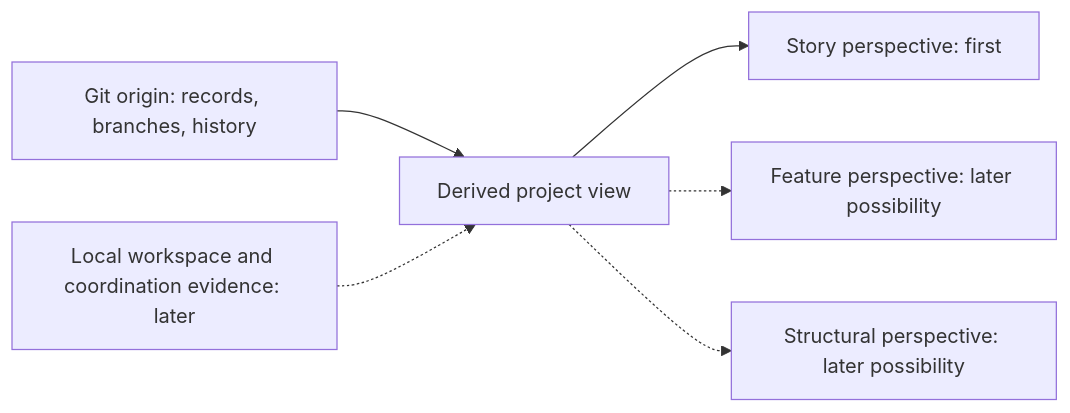
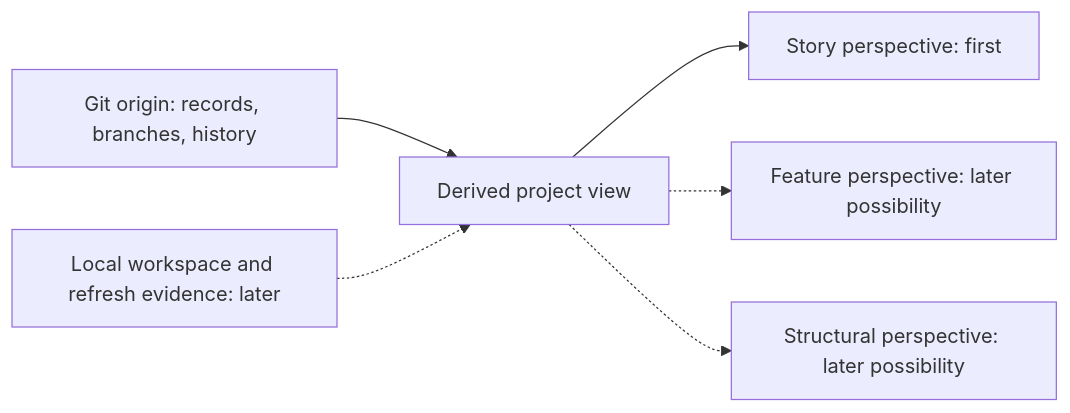
The diagram in docs/adrs/0008-project-dashboard-domain-and-architecture.md (terryyin/open-dough), drawn with Mermaid before and after one commit. The commit also changed other lines of this file and 7 other files, not shown here.

````diff
--- a/docs/adrs/0008-project-dashboard-domain-and-architecture.md
+++ b/docs/adrs/0008-project-dashboard-domain-and-architecture.md
@@ -95,8 +97,8 @@
 ```mermaid
 flowchart LR
     G["Git origin: records, branches, history"] --> V["Derived project view"]
-    L["Local workspace and coordination evidence: later"] -.-> V
+    L["Local workspace and refresh evidence: later"] -.-> V
     V --> S["Story perspective: first"]
     V -.-> F["Feature perspective: later possibility"]
     V -.-> A["Structural perspective: later possibility"]
 ```
````
